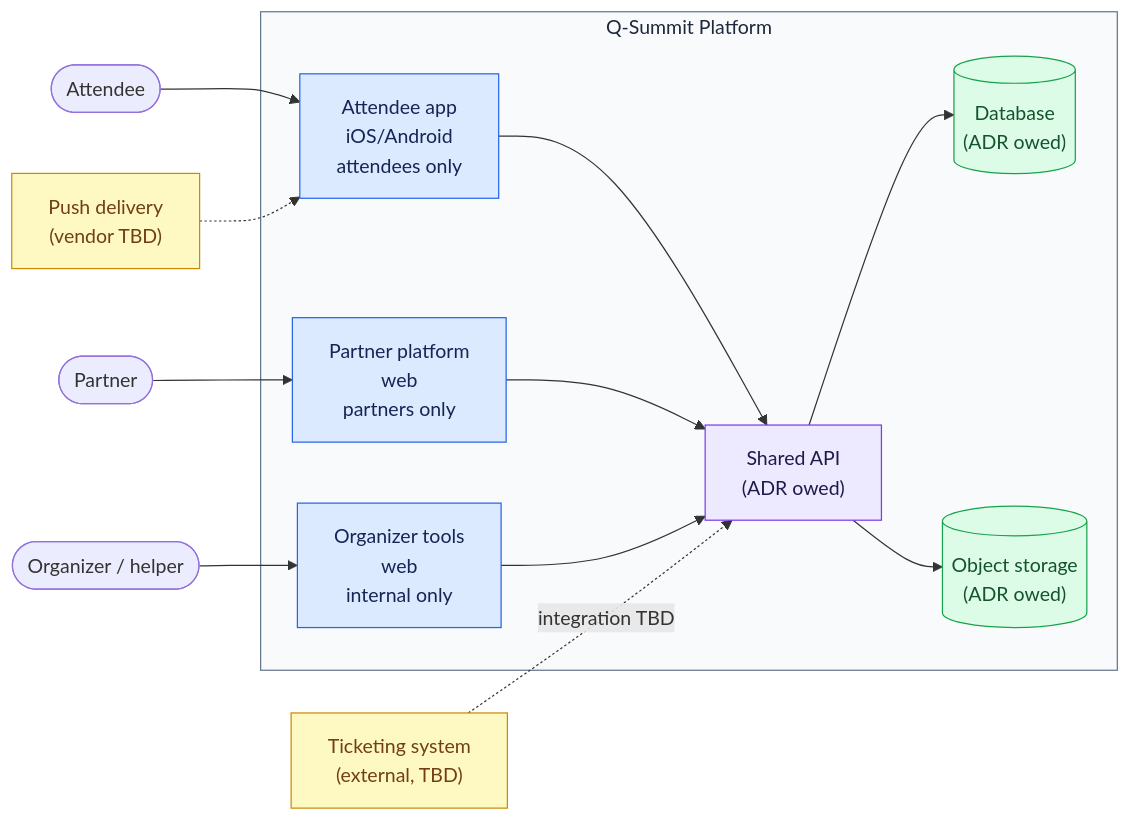
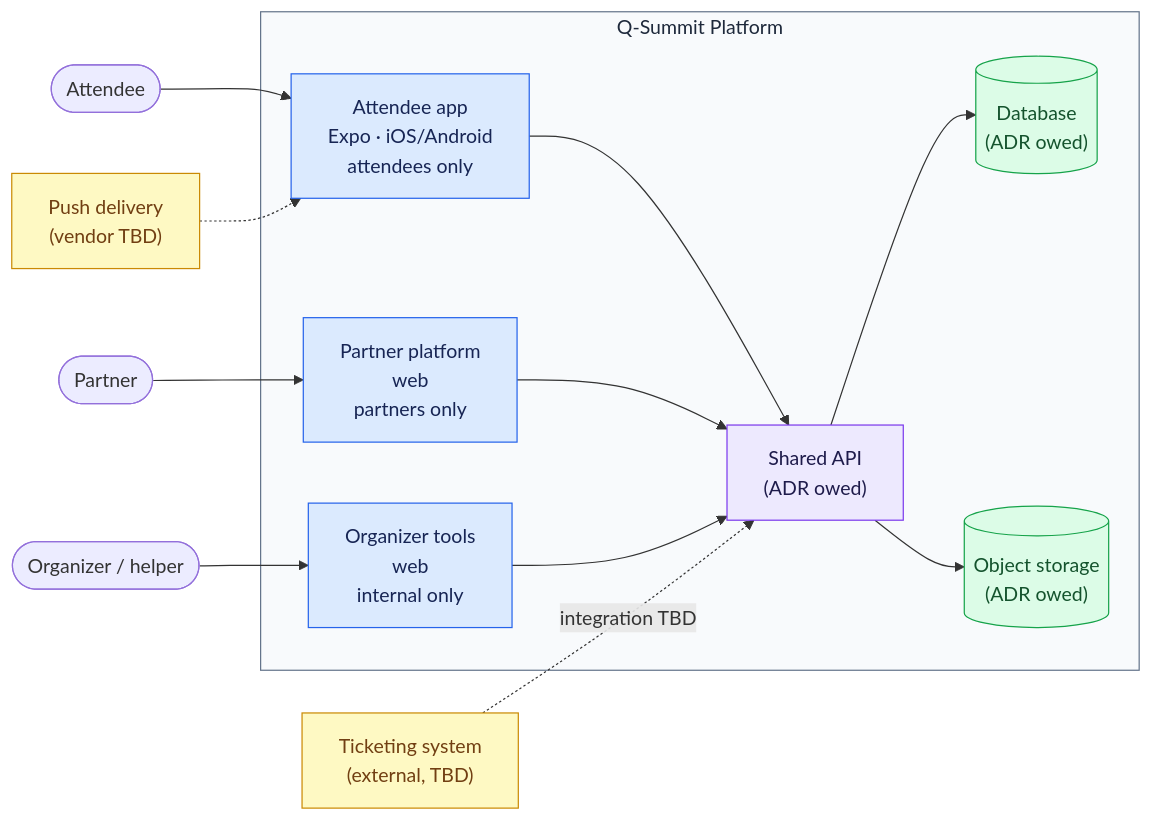
Before and after one commit to Q-Summit/q-app: the diagram in docs/architecture/03-context-and-scope.md, drawn with Mermaid. The commit also changed other lines of this file and 7 other files, not shown here.

Commit message:
docs(adr): accept Expo for the attendee mobile app (#4)

````diff
--- a/docs/architecture/03-context-and-scope.md
+++ b/docs/architecture/03-context-and-scope.md
@@ -7,27 +7,27 @@
 ```mermaid
 flowchart LR
-  A([Attendee]) --> APP["Attendee app<br/>iOS/Android<br/>attendees only"]
+  A([Attendee]) --> APP["Attendee app<br/>Expo · iOS/Android<br/>attendees only"]
   P([Partner]) --> PW["Partner platform<br/>web<br/>partners only"]
   O([Organizer / helper]) --> ORG["Organizer tools<br/>web<br/>internal only"]
 
   subgraph platform["Q-Summit Platform"]
     APP --> API["Shared API<br/>(ADR owed)"]
     PW --> API
     ORG --> API
     API --> DB[("Database<br/>(ADR owed)")]
     API --> OBJ[("Object storage<br/>(ADR owed)")]
   end
 
   TIX["Ticketing system<br/>(external, TBD)"] -.->|"integration TBD"| API
   PUSH["Push delivery<br/>(vendor TBD)"] -.-> APP
 
   classDef surface fill:#dbeafe,stroke:#2563eb,color:#172554
   classDef api fill:#ede9fe,stroke:#7c3aed,color:#1e1b4b
   classDef store fill:#dcfce7,stroke:#16a34a,color:#14532d
   classDef external fill:#fef9c3,stroke:#ca8a04,color:#713f12
   class APP,PW,ORG surface
   class API api
   class DB,OBJ store
   class TIX,PUSH external
   style platform fill:#f8fafc,stroke:#64748b,color:#1e293b
 ```
````
